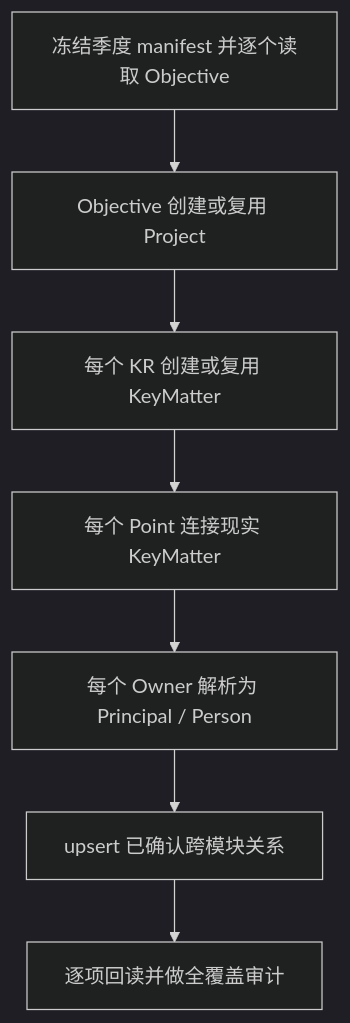
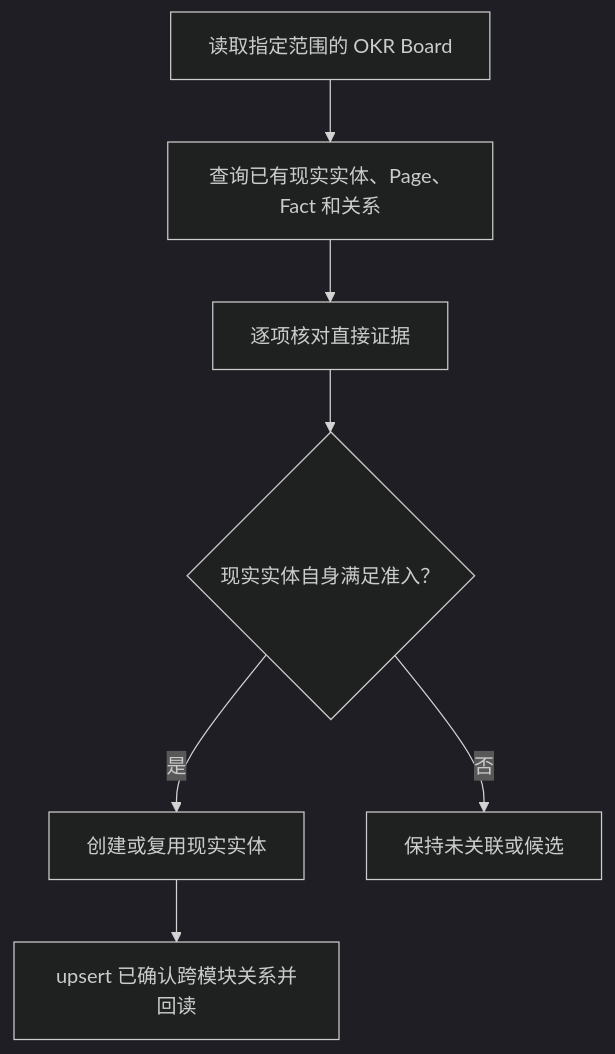
The third of 5 diagrams in docs/summery/okr-jarvis-world-model-integration.md (mjscjj/jarvis), drawn with Mermaid (dark theme) before and after one commit. The commit also changed other lines of this file and 27 other files, not shown here.

````diff
--- a/docs/summery/okr-jarvis-world-model-integration.md
+++ b/docs/summery/okr-jarvis-world-model-integration.md
@@ -850,9 +850,9 @@
 ```mermaid
 flowchart TD
-    A["冻结季度 manifest 并逐个读取 Objective"] --> B["Objective 创建或复用 Project"]
-    B --> C["每个 KR 创建或复用 KeyMatter"]
-    C --> D["每个 Point 连接现实 KeyMatter"]
-    D --> E["每个 Owner 解析为 Principal / Person"]
-    E --> F["upsert 已确认跨模块关系"]
-    F --> G["逐项回读并做全覆盖审计"]
+    A["读取指定范围的 OKR Board"] --> B["查询已有现实实体、Page、Fact 和关系"]
+    B --> C["逐项核对直接证据"]
+    C --> D{"现实实体自身满足准入？"}
+    D -->|是| E["创建或复用现实实体"]
+    D -->|否| F["保持未关联或候选"]
+    E --> G["upsert 已确认跨模块关系并回读"]
 ```
````
